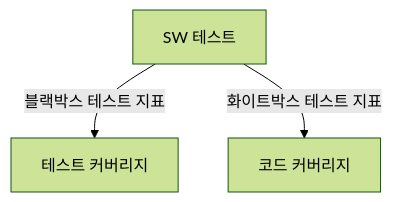
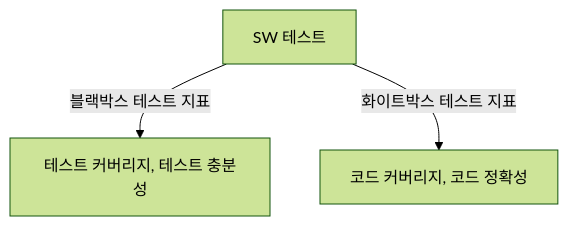
The diagram in blog/pe/engineering/test-coverage-code-coverage.md (gracefullight/gracefullight.github.io), drawn with Mermaid (forest theme) before and after one commit.

Commit message:
docs: 📚️ coverage

````diff
--- a/blog/pe/engineering/test-coverage-code-coverage.md
+++ b/blog/pe/engineering/test-coverage-code-coverage.md
@@ -13,9 +13,9 @@
 ```mermaid
 graph TB
   SW테스트[SW 테스트]
-  테스트커버리지[테스트 커버리지]
-  코드커버리지[코드 커버리지]
+  테스트커버리지[테스트 커버리지, 테스트 충분성]
+  코드커버리지[코드 커버리지, 코드 정확성]
 
   SW테스트 -->|블랙박스 테스트 지표| 테스트커버리지
   SW테스트 -->|화이트박스 테스트 지표| 코드커버리지
 ```
````
